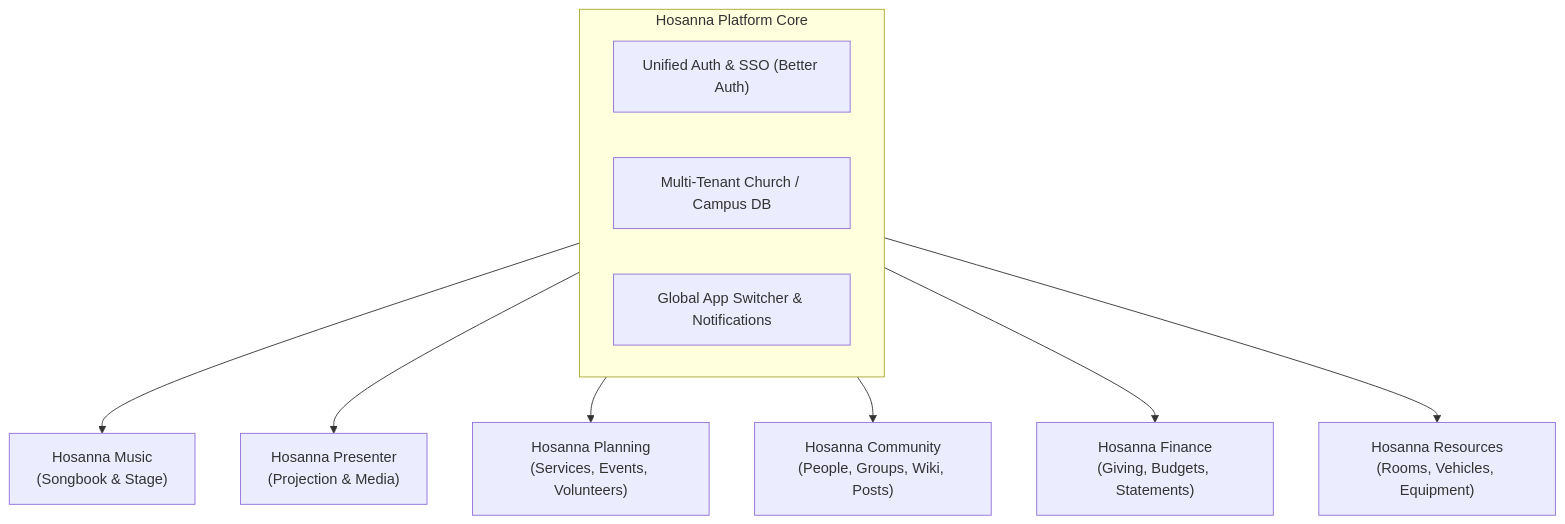
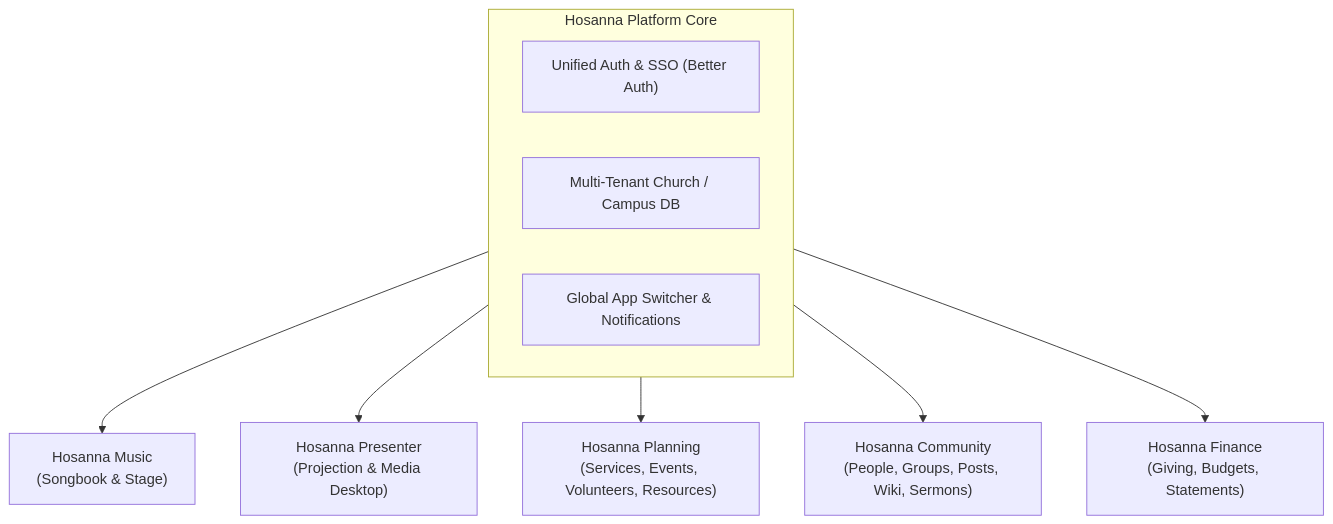
Before and after one commit to Apoll011/hosanna-suite: the first of 5 diagrams in FUTURE_DIRECTION.md, drawn with Mermaid. The commit also changed other lines of this file, not shown here.

Commit message:
feat: update future architecture documentation to reflect merged resources into planning app and enhance clarity on app functionalities

````diff
--- a/FUTURE_DIRECTION.md
+++ b/FUTURE_DIRECTION.md
@@ -9,15 +9,14 @@
 ```mermaid
 flowchart TD
     subgraph PlatformCore ["Hosanna Platform Core"]
         Auth["Unified Auth & SSO (Better Auth)"]
         Org["Multi-Tenant Church / Campus DB"]
         Switcher["Global App Switcher & Notifications"]
     end
 
     PlatformCore --> Music["Hosanna Music\n(Songbook & Stage)"]
-    PlatformCore --> Presenter["Hosanna Presenter\n(Projection & Media)"]
-    PlatformCore --> Planning["Hosanna Planning\n(Services, Events, Volunteers)"]
-    PlatformCore --> Community["Hosanna Community\n(People, Groups, Wiki, Posts)"]
+    PlatformCore --> Presenter["Hosanna Presenter\n(Projection & Media Desktop)"]
+    PlatformCore --> Planning["Hosanna Planning\n(Services, Events, Volunteers, Resources)"]
+    PlatformCore --> Community["Hosanna Community\n(People, Groups, Posts, Wiki, Sermons)"]
     PlatformCore --> Finance["Hosanna Finance\n(Giving, Budgets, Statements)"]
-    PlatformCore --> Resources["Hosanna Resources\n(Rooms, Vehicles, Equipment)"]
 ```
````
